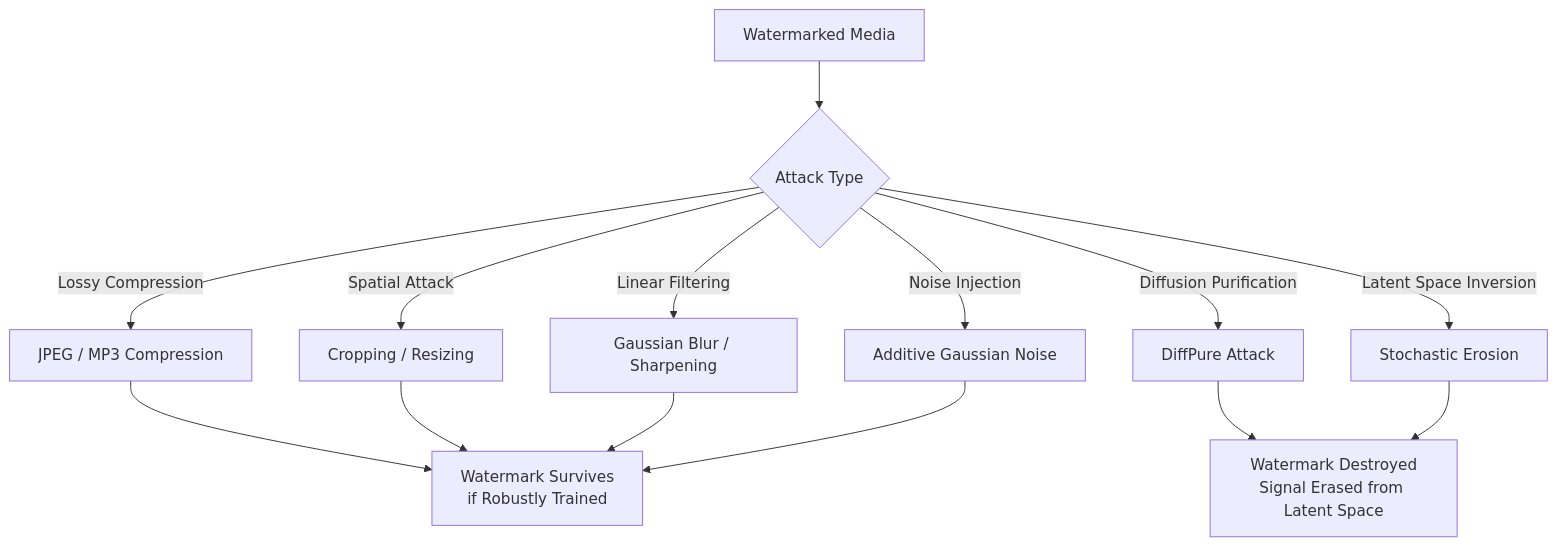
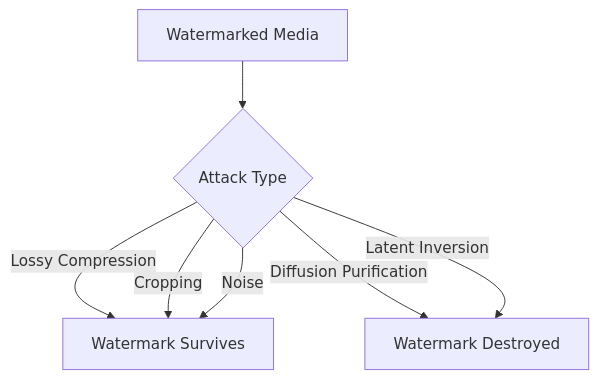
Before and after one commit to Ashking-tech/python-script: the sixth of 9 diagrams in docs/docs.md, drawn with Mermaid. The commit also changed other lines of this file, not shown here.

````diff
--- a/docs/docs.md
+++ b/docs/docs.md
@@ -241,19 +473,9 @@
 ```mermaid
-flowchart TB
+flowchart TD
     A[Watermarked Media] --> B{Attack Type}
-    
-    B -->|Lossy Compression| C[JPEG / MP3 Compression]
-    B -->|Spatial Attack| D[Cropping / Resizing]
-    B -->|Linear Filtering| E[Gaussian Blur / Sharpening]
-    B -->|Noise Injection| F[Additive Gaussian Noise]
-    B -->|Diffusion Purification| G[DiffPure Attack]
-    B -->|Latent Space Inversion| H[Stochastic Erosion]
-    
-    C --> I[Watermark Survives<br>if Robustly Trained]
-    D --> I
-    E --> I
-    F --> I
-    
-    G --> J[Watermark Destroyed<br>Signal Erased from Latent Space]
-    H --> J
+    B -->|Lossy Compression| C[Watermark Survives]
+    B -->|Cropping| C
+    B -->|Noise| C
+    B -->|Diffusion Purification| D[Watermark Destroyed]
+    B -->|Latent Inversion| D
 ```
````
